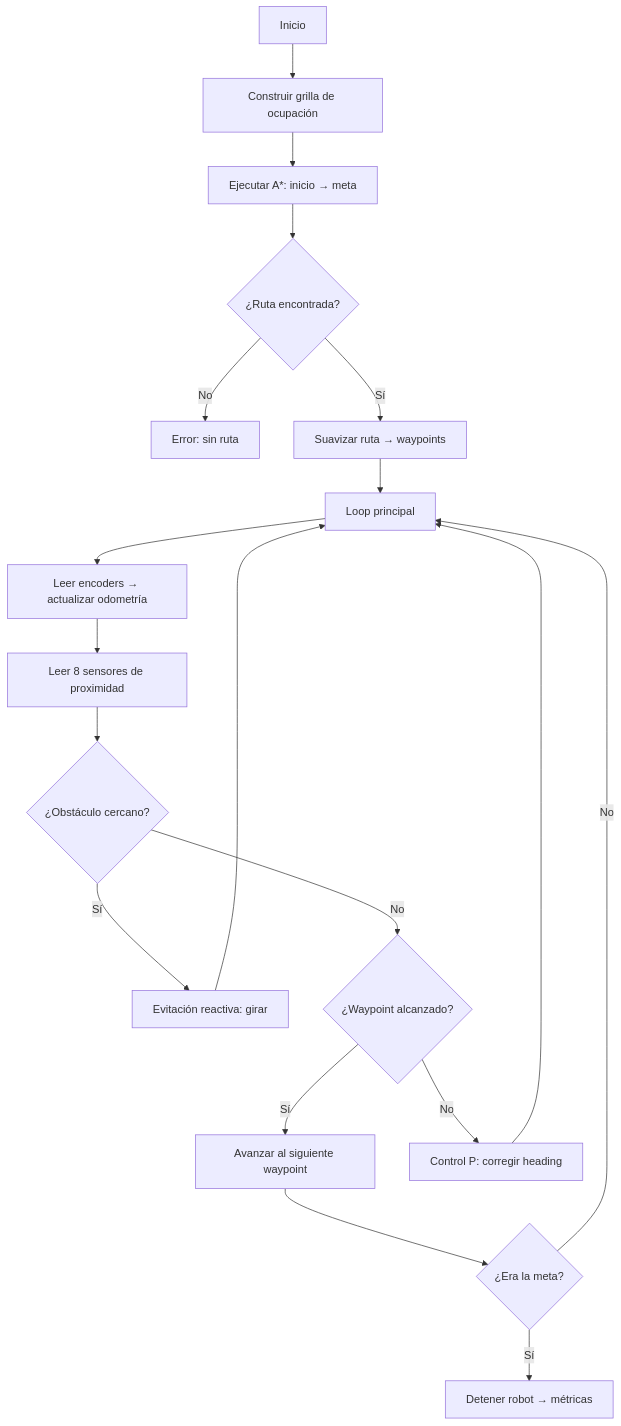
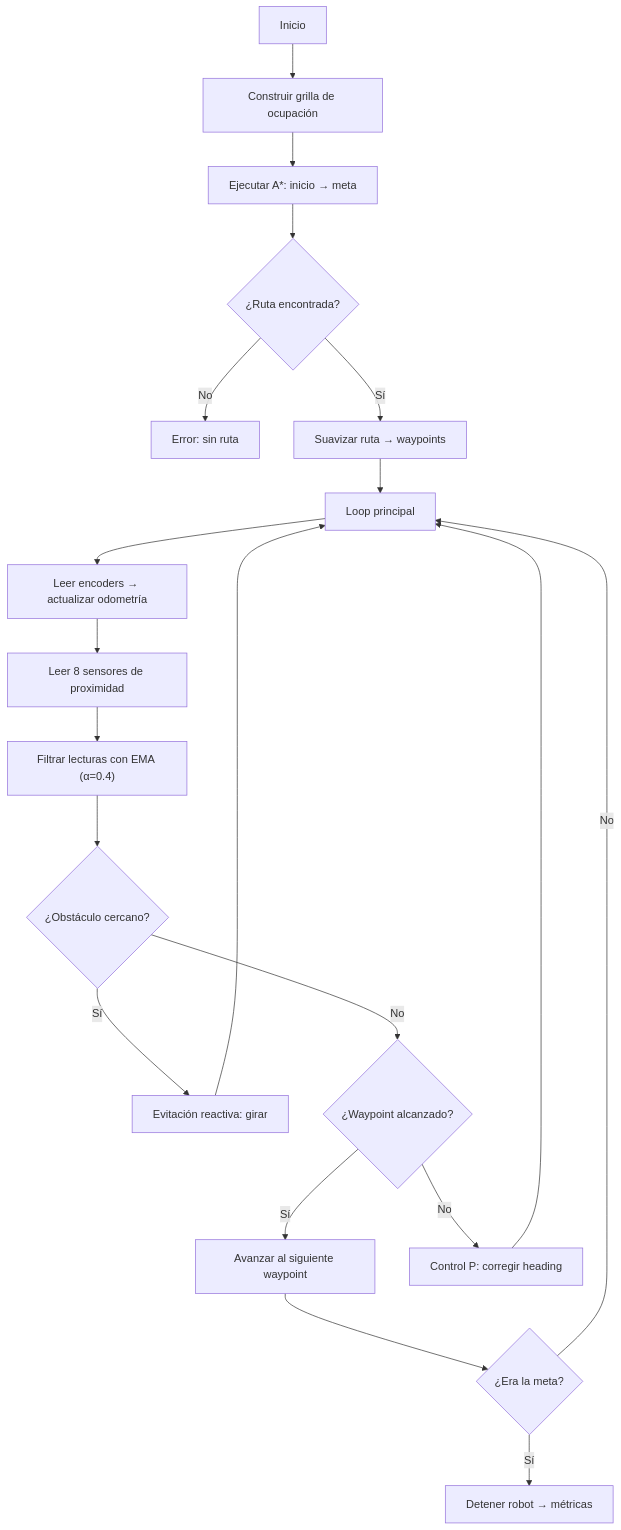
Before and after one commit to axxeler8/Robotica-traajo: the diagram in README.md, drawn with Mermaid. The commit also changed other lines of this file and 9 other files, not shown here.

````diff
--- a/README.md
+++ b/README.md
@@ -133,26 +133,27 @@
 ```mermaid
 flowchart TD
     A["Inicio"] --> B["Construir grilla de ocupación"]
     B --> C["Ejecutar A*: inicio → meta"]
     C --> D{"¿Ruta encontrada?"}
     D -- No --> E["Error: sin ruta"]
     D -- Sí --> F["Suavizar ruta → waypoints"]
     F --> G["Loop principal"]
 
     G --> H["Leer encoders → actualizar odometría"]
     H --> I["Leer 8 sensores de proximidad"]
-    I --> J{"¿Obstáculo cercano?"}
+    I --> I2["Filtrar lecturas con EMA (α=0.4)"]
+    I2 --> J{"¿Obstáculo cercano?"}
 
     J -- Sí --> K["Evitación reactiva: girar"]
     J -- No --> L{"¿Waypoint alcanzado?"}
 
     L -- Sí --> M["Avanzar al siguiente waypoint"]
     L -- No --> N["Control P: corregir heading"]
 
     M --> O{"¿Era la meta?"}
     O -- Sí --> P["Detener robot → métricas"]
     O -- No --> G
 
     K --> G
     N --> G
 ```
````
